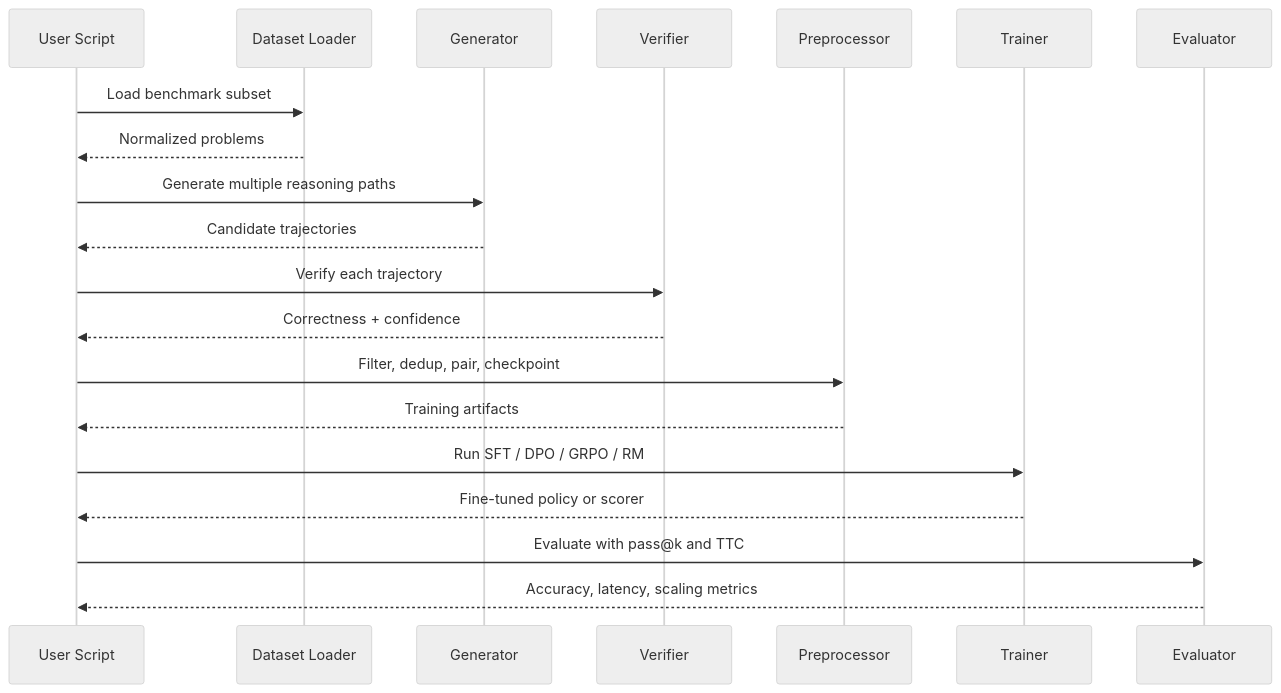
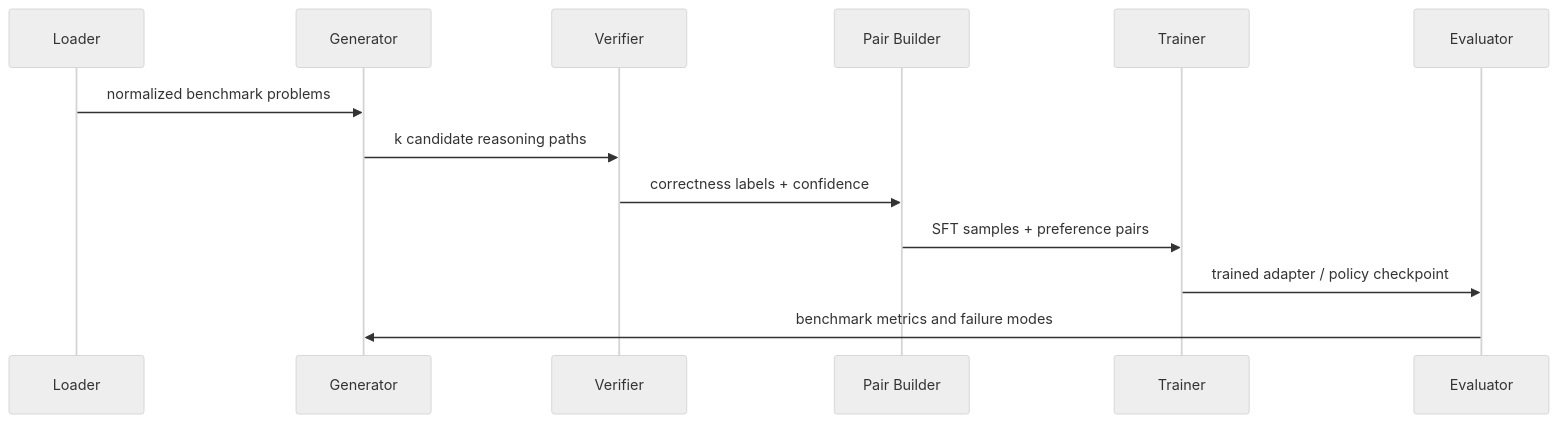
One commit to DevDesai444/Distributed-Reasoning-Loop changed the second of 2 diagrams in README.md. Above: the diagram before and after it, drawn with Mermaid (neutral theme). The commit also changed other lines of this file, not shown here.

````diff
--- a/README.md
+++ b/README.md
@@ -261,23 +76,16 @@
 ```mermaid
 sequenceDiagram
-    participant U as User Script
-    participant D as Dataset Loader
+    participant L as Loader
     participant G as Generator
     participant V as Verifier
-    participant P as Preprocessor
+    participant P as Pair Builder
     participant T as Trainer
     participant E as Evaluator
 
-    U->>D: Load benchmark subset
-    D-->>U: Normalized problems
-    U->>G: Generate multiple reasoning paths
-    G-->>U: Candidate trajectories
-    U->>V: Verify each trajectory
-    V-->>U: Correctness + confidence
-    U->>P: Filter, dedup, pair, checkpoint
-    P-->>U: Training artifacts
-    U->>T: Run SFT / DPO / GRPO / RM
-    T-->>U: Fine-tuned policy or scorer
-    U->>E: Evaluate with pass@k and TTC
-    E-->>U: Accuracy, latency, scaling metrics
+    L->>G: normalized benchmark problems
+    G->>V: k candidate reasoning paths
+    V->>P: correctness labels + confidence
+    P->>T: SFT samples + preference pairs
+    T->>E: trained adapter / policy checkpoint
+    E->>G: benchmark metrics and failure modes
 ```
````
